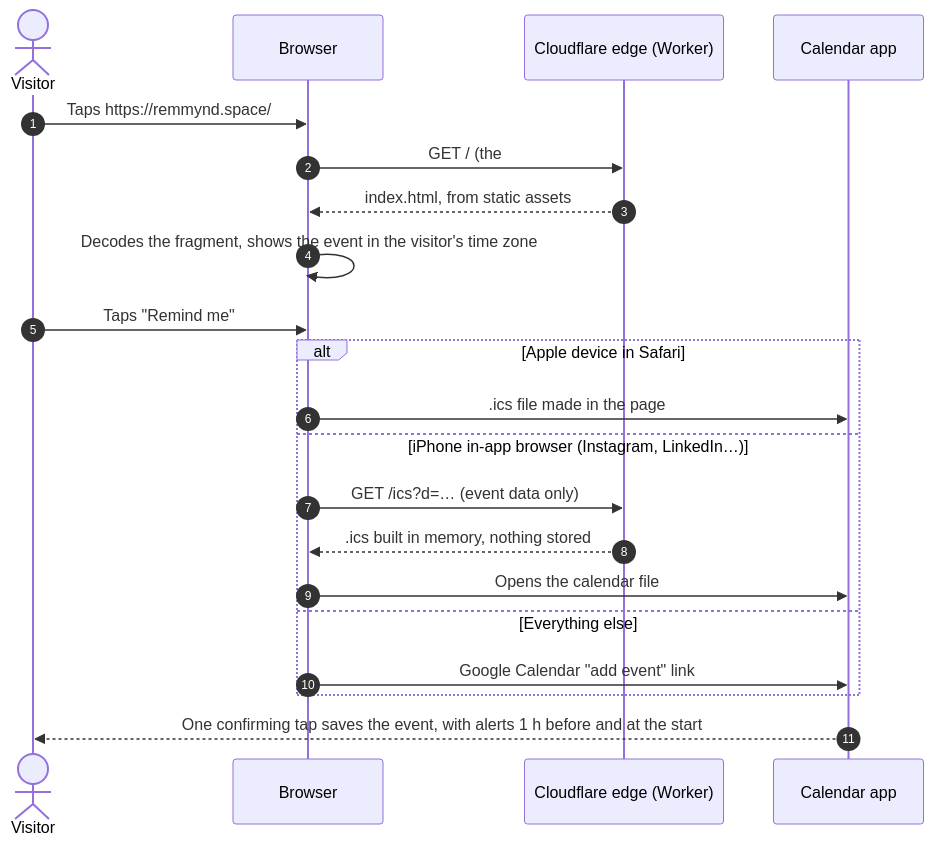
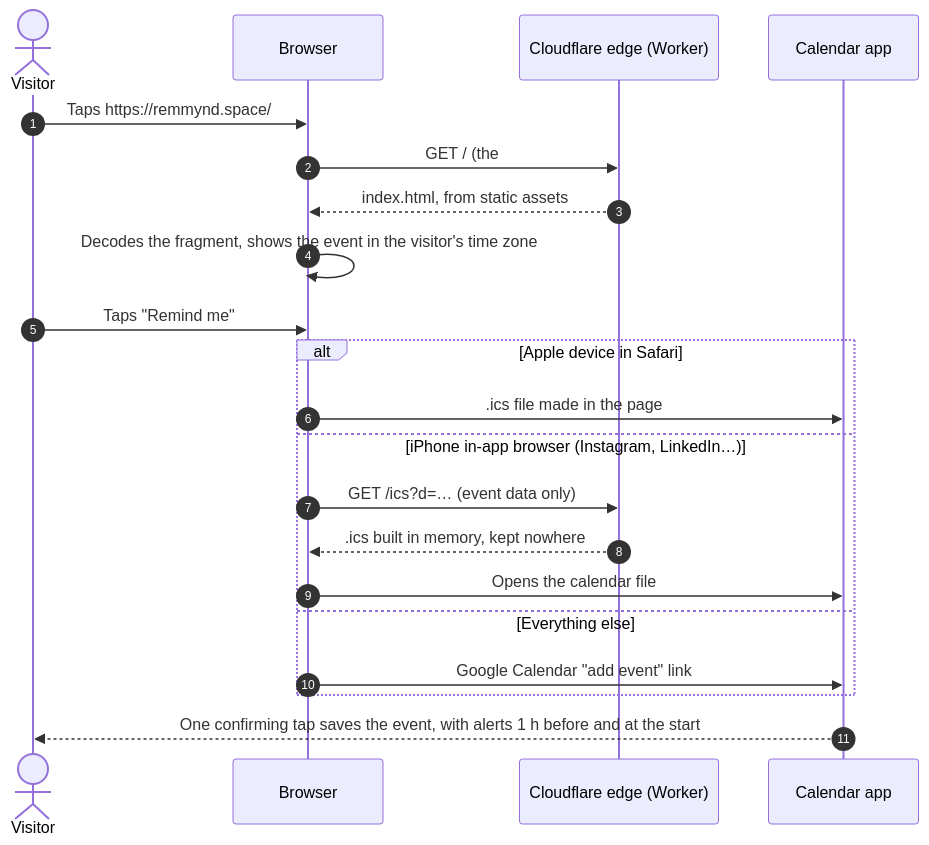
One commit to Remmynd/remmynd changed the first of 4 diagrams in docs/ARCHITECTURE.md. Above: the diagram before and after it, drawn with Mermaid. The commit also changed other lines of this file and 24 other files, not shown here.

````diff
--- a/docs/ARCHITECTURE.md
+++ b/docs/ARCHITECTURE.md
@@ -36,24 +36,24 @@
 ```mermaid
 sequenceDiagram
     autonumber
     actor V as Visitor
     participant B as Browser
     participant E as Cloudflare edge (Worker)
     participant C as Calendar app
 
     V->>B: Taps https://remmynd.space/#eyJ0Ij…
     B->>E: GET /  (the #fragment is never sent)
     E-->>B: index.html, from static assets
     B->>B: Decodes the fragment, shows the event in the visitor's time zone
     V->>B: Taps "Remind me"
     alt Apple device in Safari
         B->>C: .ics file made in the page
     else iPhone in-app browser (Instagram, LinkedIn…)
         B->>E: GET /ics?d=… (event data only)
-        E-->>B: .ics built in memory, nothing stored
+        E-->>B: .ics built in memory, kept nowhere
         B->>C: Opens the calendar file
     else Everything else
         B->>C: Google Calendar "add event" link
     end
     C-->>V: One confirming tap saves the event, with alerts 1 h before and at the start
 ```
````
